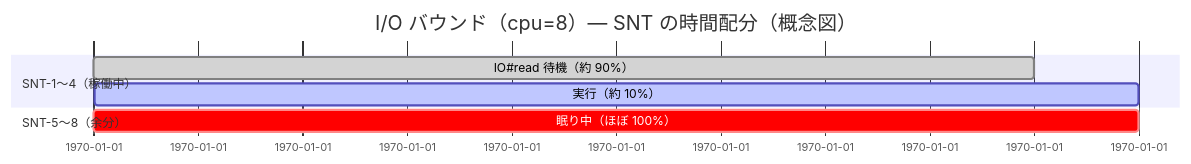
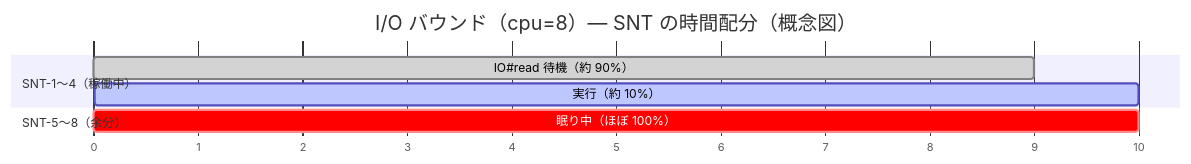
One commit to thekuwayama/biryani-benchmarks changed the first of 2 diagrams in wiki/scenarios/sweep-ruby-max-cpu-cpu-bound.md. Above: the diagram before and after it, drawn with Mermaid. The commit also changed other lines of this file, not shown here.

Commit message:
wiki: Gantt の軸ラベルを 1970-01-01 から数値に変更
axisFormat %s を追加し、不要なエポック日付表示を除去。

````diff
--- a/wiki/scenarios/sweep-ruby-max-cpu-cpu-bound.md
+++ b/wiki/scenarios/sweep-ruby-max-cpu-cpu-bound.md
@@ -51,12 +51,13 @@
 ```mermaid
 gantt
     title I/O バウンド（cpu=8）— SNT の時間配分（概念図）
     dateFormat X
+    axisFormat %s
 
     section SNT-1〜4（稼働中）
     IO#read 待機（約 90%）: done,   0, 9
     実行（約 10%）         : active, 9, 10
 
     section SNT-5〜8（余分）
     眠り中（ほぼ 100%）: crit, 0, 10
 ```
````
